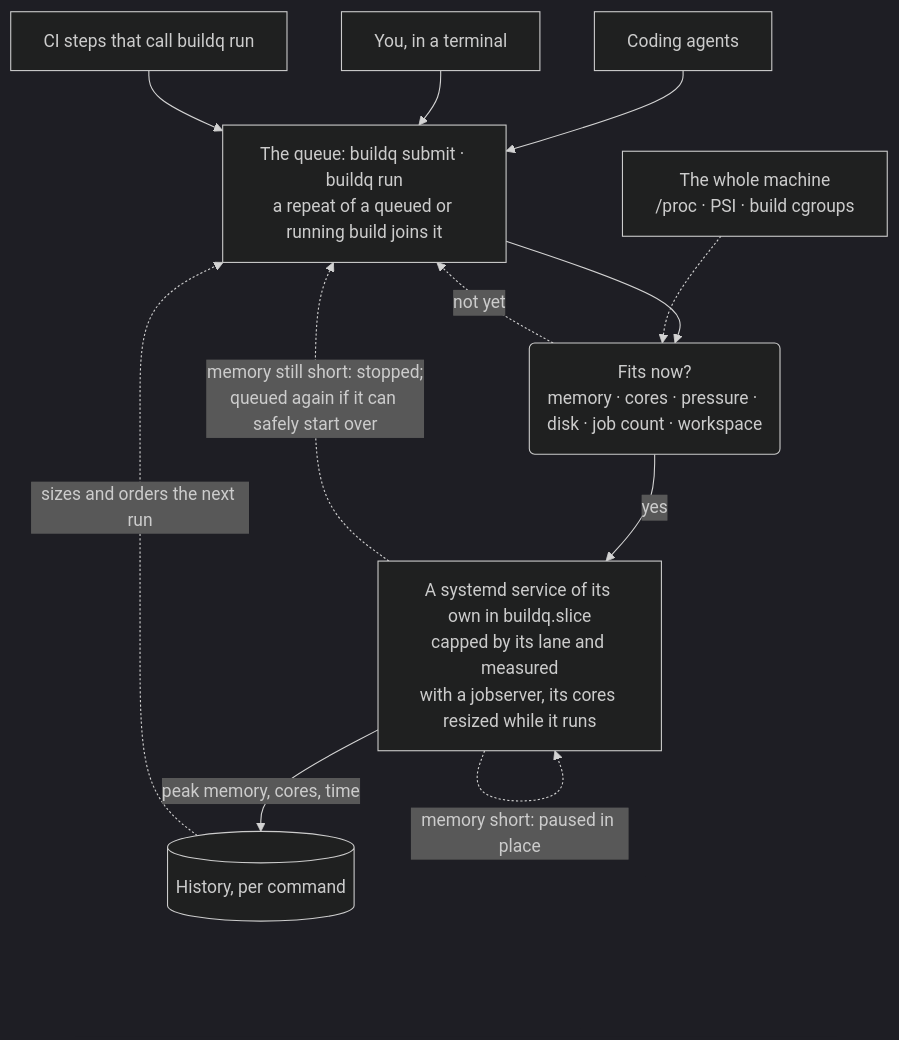
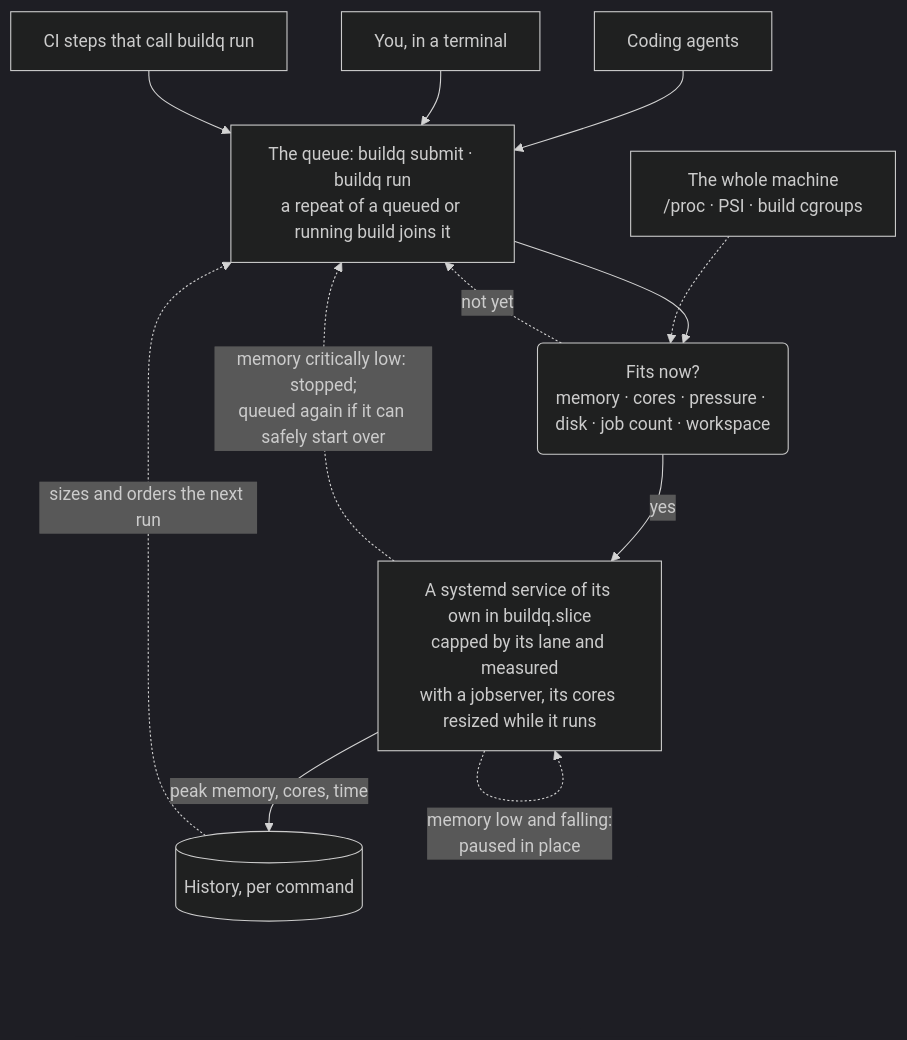
One commit to nosliwsirhc/buildq changed the diagram in README.md. Above: the diagram before and after it, drawn with Mermaid (dark theme). The commit also changed other lines of this file and 1 other file, not shown here.

````diff
--- a/README.md
+++ b/README.md
@@ -29,15 +29,15 @@
 ```mermaid
 flowchart TB
     A["Coding agents"] --> Q
     T["You, in a terminal"] --> Q
     C["CI steps that call buildq run"] --> Q
     Q["The queue: buildq submit · buildq run<br/>a repeat of a queued or running build joins it"] --> D
     M["The whole machine<br/>/proc · PSI · build cgroups"] -.-> D
     D("Fits now?<br/>memory · cores · pressure · disk · job count · workspace") -- "yes" --> S
     D -. "not yet" .-> Q
     S["A systemd service of its own in buildq.slice<br/>capped by its lane and measured<br/>with a jobserver, its cores resized while it runs"]
-    S -. "memory short: paused in place" .-> S
-    S -. "memory still short: stopped;<br/>queued again if it can safely start over" .-> Q
+    S -. "memory low and falling:<br/>paused in place" .-> S
+    S -. "memory critically low: stopped;<br/>queued again if it can safely start over" .-> Q
     S -- "peak memory, cores, time" --> H[("History, per command")]
     H -. "sizes and orders the next run" .-> Q
 ```
````
